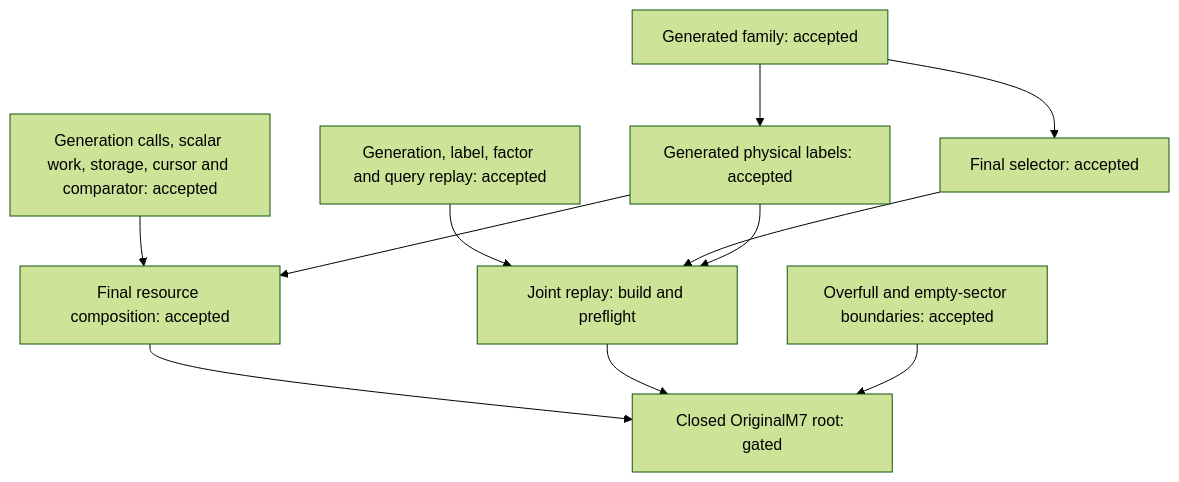
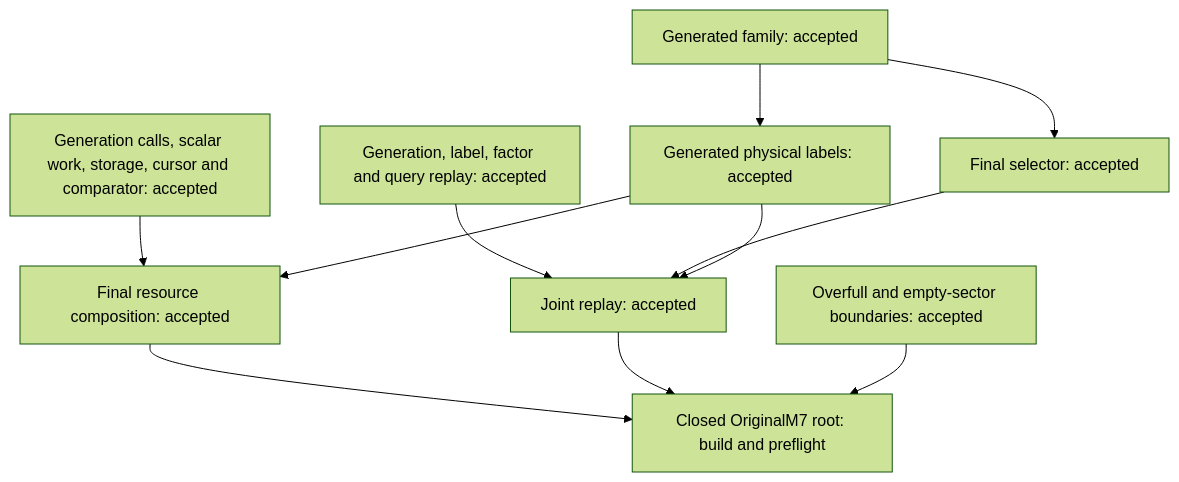
The diagram in pipelines/quantum_formalize/examples/m7/FINAL_INTEGRATION_PLAN.md (humanfia/science-mango), drawn with Mermaid (forest theme) before and after one commit. The commit also changed 568 other files, not shown here.

Commit message:
Accept M7 joint replay and assemble 97-clause closed root

````diff
--- a/pipelines/quantum_formalize/examples/m7/FINAL_INTEGRATION_PLAN.md
+++ b/pipelines/quantum_formalize/examples/m7/FINAL_INTEGRATION_PLAN.md
@@ -23,13 +23,13 @@
 ```mermaid
 flowchart TD
   GF[Generated family: accepted] --> FS[Final selector: accepted]
   GF --> GL[Generated physical labels: accepted]
   RC[Generation calls, scalar work, storage, cursor and comparator: accepted] --> FR[Final resource composition: accepted]
   GL --> FR
-  RP[Generation, label, factor and query replay: accepted] --> JR[Joint replay: build and preflight]
+  RP[Generation, label, factor and query replay: accepted] --> JR[Joint replay: accepted]
   FS --> JR
   GL --> JR
-  FR --> ROOT[Closed OriginalM7 root: gated]
+  FR --> ROOT[Closed OriginalM7 root: build and preflight]
   JR --> ROOT
   OB[Overfull and empty-sector boundaries: accepted] --> ROOT
 ```
````
